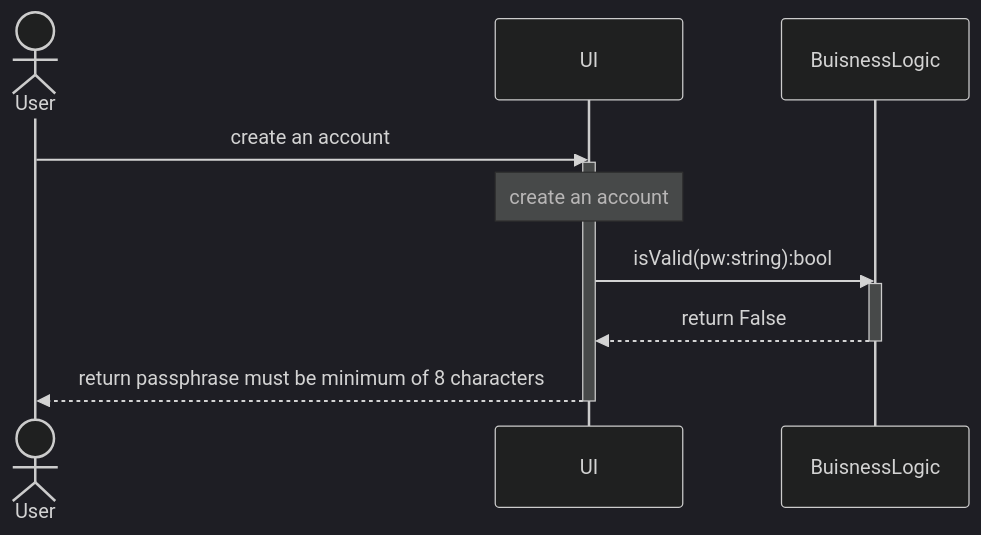
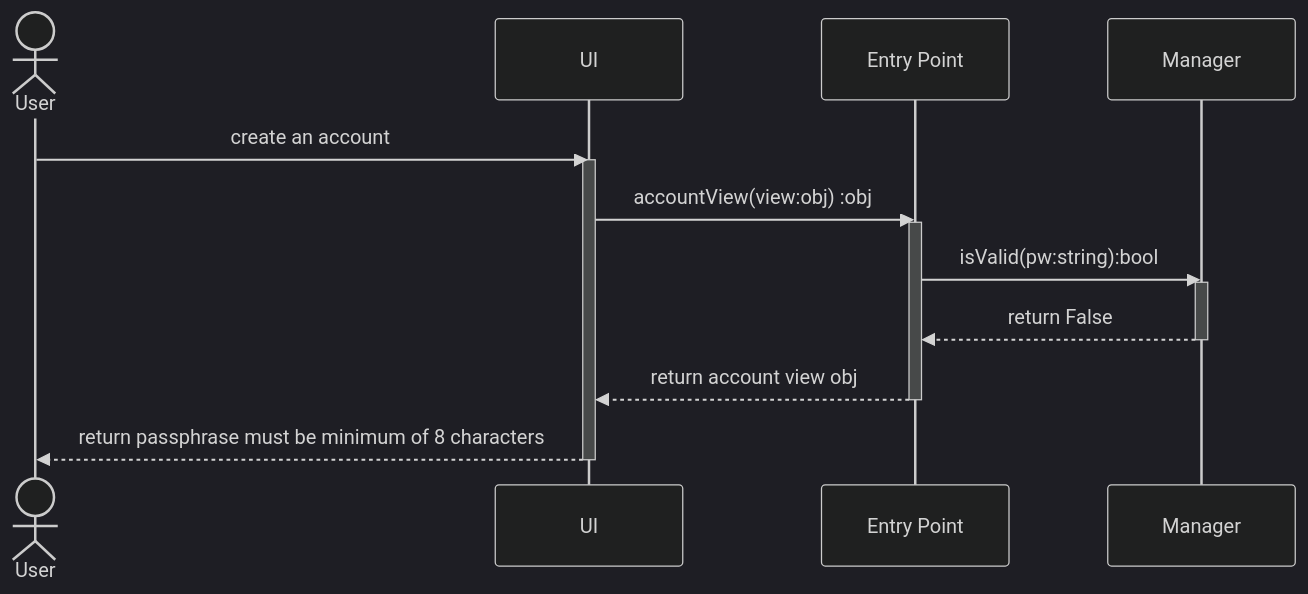
One commit to JosephArmas/cecs-491A-Team-Big-Data changed the diagram in milestone 2/low level design/registration/failures/v2/account/account_invalid_pw_length.md. Above: the diagram before and after it, drawn with Mermaid (dark theme). The commit also changed 6 other files, not shown here.

Commit message:
added entry point to all diagrams

````diff
--- a/milestone 2/low level design/registration/failures/v2/account/account_invalid_pw_length.md
+++ b/milestone 2/low level design/registration/failures/v2/account/account_invalid_pw_length.md
@@ -2,13 +2,16 @@
 ```mermaid
 sequenceDiagram
     actor User
     User ->> UI: create an account
     activate UI
-    Note over UI: create an account
-    UI ->> BuisnessLogic: isValid(pw:string):bool
-    activate BuisnessLogic
-    BuisnessLogic -->> UI: return False 
-    deactivate BuisnessLogic
+    UI ->> Entry Point: accountView(view:obj) :obj
+    activate Entry Point
+    Entry Point ->> Manager: isValid(pw:string):bool
+    activate Manager
+    Manager -->> Entry Point: return False 
+    deactivate Manager
+    Entry Point -->> UI: return account view obj
+    deactivate Entry Point
     UI -->> User: return passphrase must be minimum of 8 characters
     deactivate UI
 ```
````
